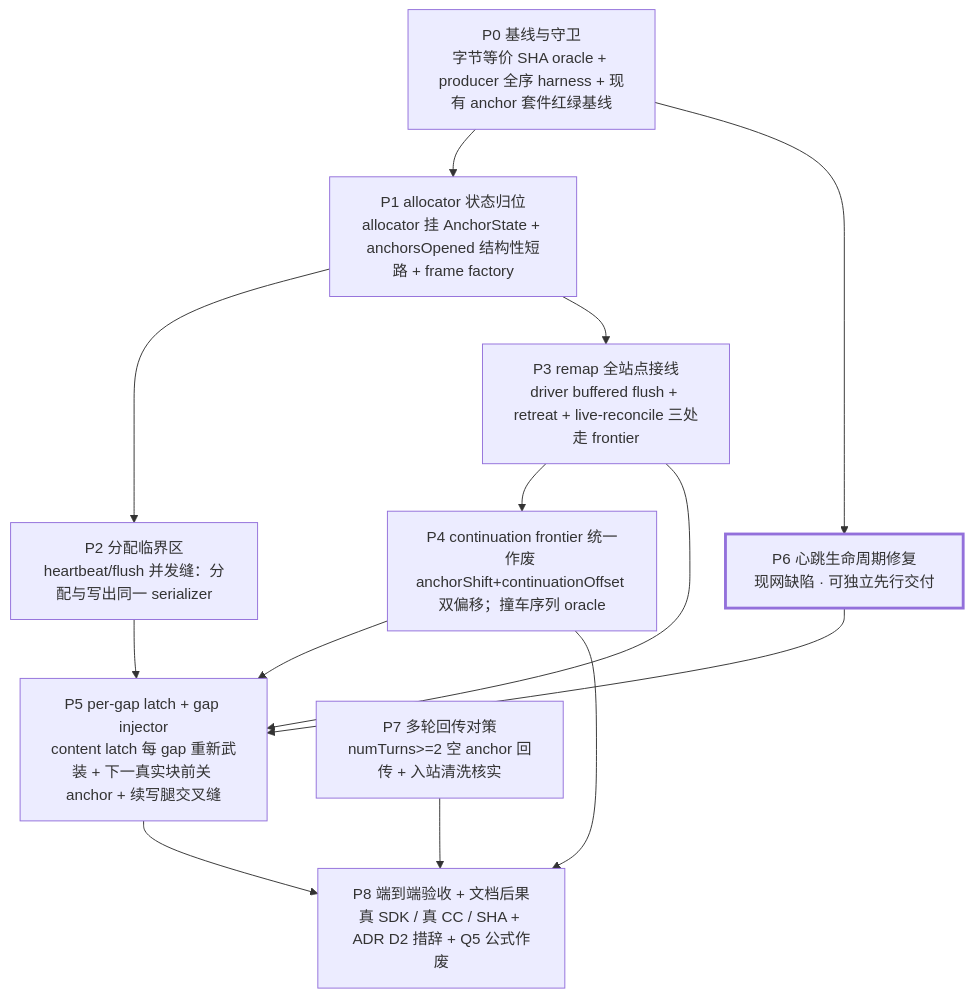
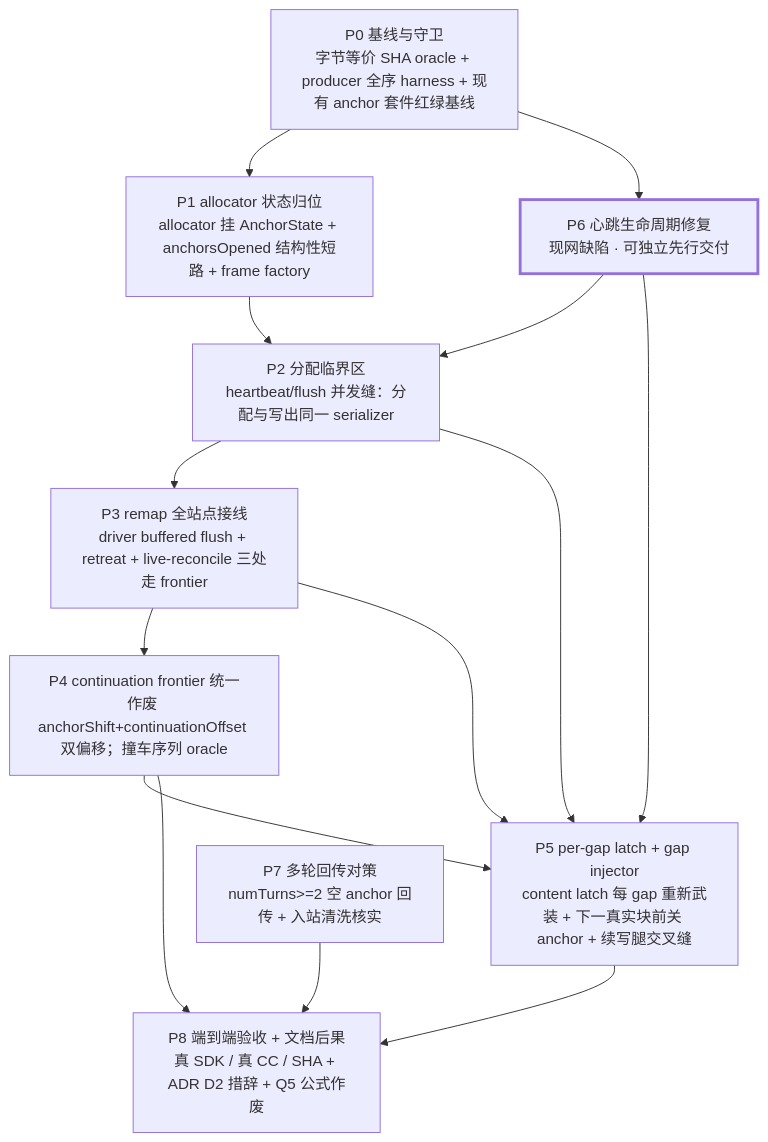
Before and after one commit to puxu-msft/copilot-api-js: the diagram in docs/plan/2026-07-27-inter-block-anchor-allocator/README.md, drawn with Mermaid. The commit also changed other lines of this file and 11 other files, not shown here.

````diff
--- a/docs/plan/2026-07-27-inter-block-anchor-allocator/README.md
+++ b/docs/plan/2026-07-27-inter-block-anchor-allocator/README.md
@@ -21,27 +21,28 @@
 ```mermaid
 graph TD
   P0["P0 基线与守卫<br/>字节等价 SHA oracle + producer 全序 harness + 现有 anchor 套件红绿基线"]
   P1["P1 allocator 状态归位<br/>allocator 挂 AnchorState + anchorsOpened 结构性短路 + frame factory"]
   P2["P2 分配临界区<br/>heartbeat/flush 并发缝：分配与写出同一 serializer"]
   P3["P3 remap 全站点接线<br/>driver buffered flush + retreat + live-reconcile 三处走 frontier"]
   P4["P4 continuation frontier 统一<br/>作废 anchorShift+continuationOffset 双偏移；撞车序列 oracle"]
   P5["P5 per-gap latch + gap injector<br/>content latch 每 gap 重新武装 + 下一真实块前关 anchor + 续写腿交叉缝"]
   P6["P6 心跳生命周期修复<br/>现网缺陷 · 可独立先行交付"]
   P7["P7 多轮回传对策<br/>numTurns>=2 空 anchor 回传 + 入站清洗核实"]
   P8["P8 端到端验收 + 文档后果<br/>真 SDK / 真 CC / SHA + ADR D2 措辞 + Q5 公式作废"]
 
   P0 --> P1
   P0 --> P6
   P1 --> P2
-  P1 --> P3
+  P6 --> P2
+  P2 --> P3
+  P3 --> P4
   P2 --> P5
-  P3 --> P4
   P3 --> P5
   P6 --> P5
   P4 --> P5
   P4 --> P8
   P5 --> P8
   P7 --> P8
 
   style P6 stroke-width:3px
 ```
````
